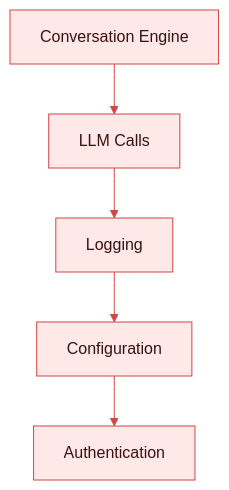
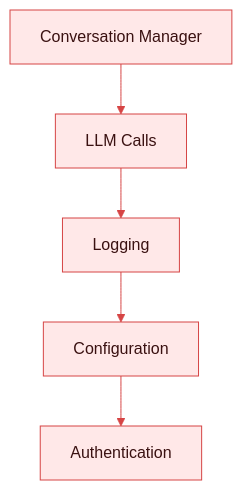
The second of 4 diagrams in docs/02-system-architecture/03-architectural-principles.md (namanSR-dev/voxcore), drawn with Mermaid before and after one commit. The commit also changed other lines of this file and 10 other files, not shown here.

Commit message:
docs(architecture): define VoxCore system architecture

````diff
--- a/docs/02-system-architecture/03-architectural-principles.md
+++ b/docs/02-system-architecture/03-architectural-principles.md
@@ -151,8 +155,8 @@
 ```mermaid
 %%{init: {"theme": "base", "themeVariables": {"primaryColor": "#FFE8E8", "primaryTextColor": "#3A1111", "primaryBorderColor": "#D64545", "lineColor": "#D64545", "fontFamily": "Inter, Segoe UI, Arial"}}}%%
 flowchart TD
-    mixed["Conversation Engine"] --> llm["LLM Calls"]
+    mixed["Conversation Manager"] --> llm["LLM Calls"]
     llm --> logging["Logging"]
     logging --> config["Configuration"]
     config --> auth["Authentication"]
 ```
````
